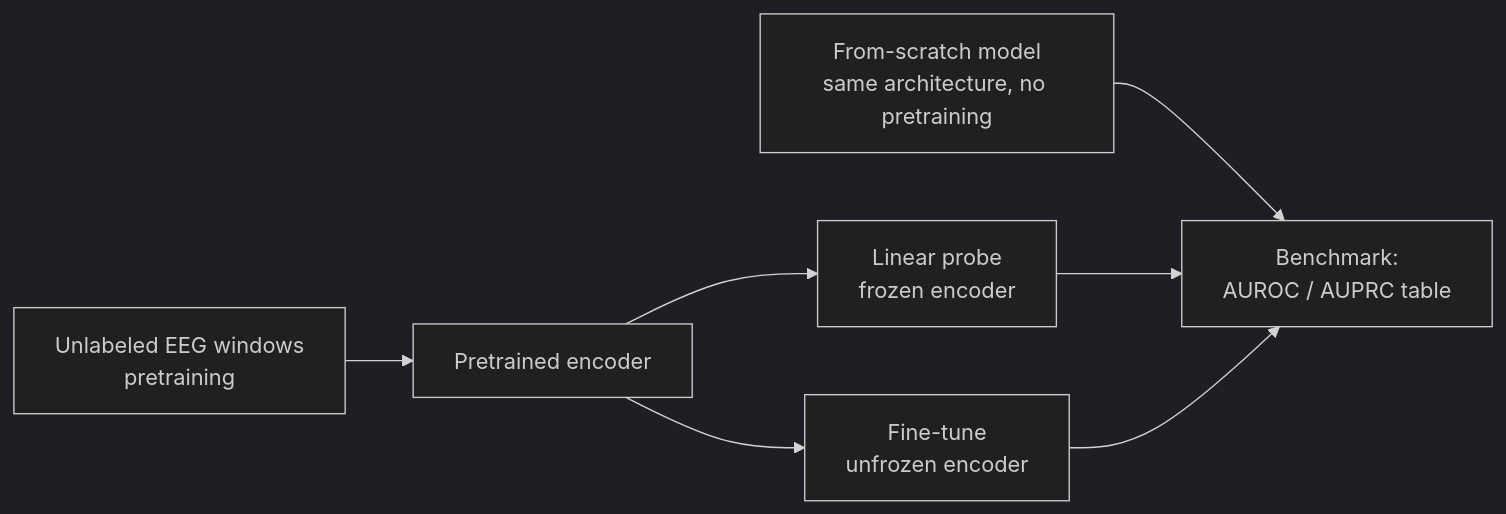
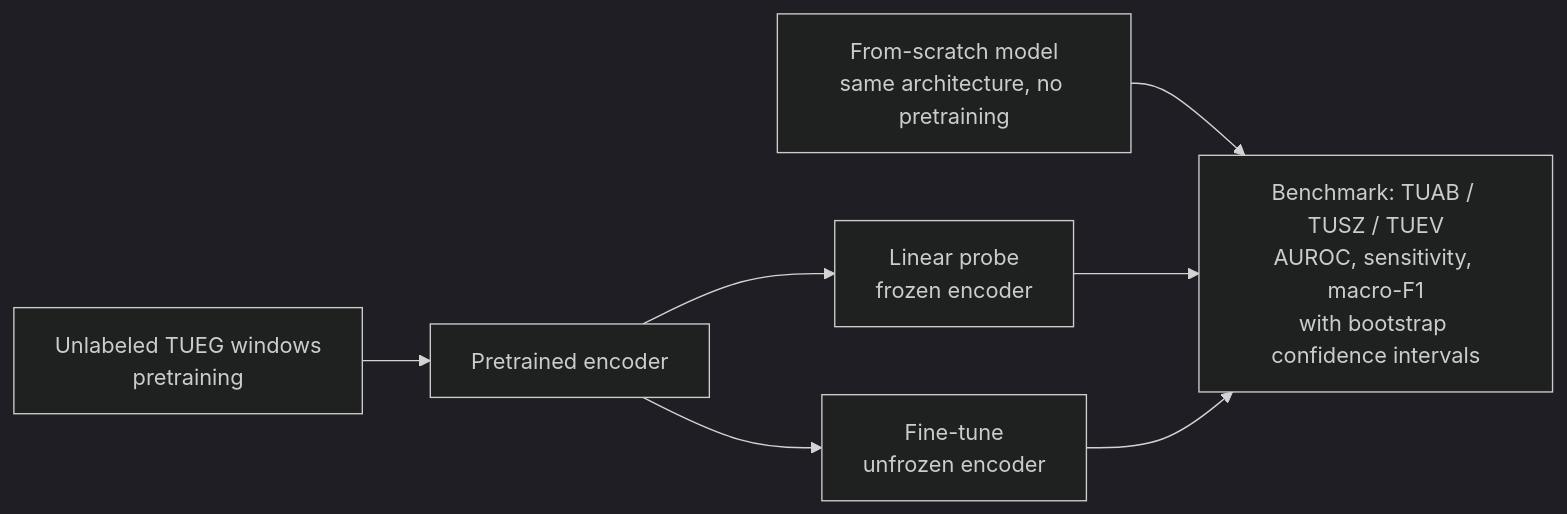
The third of 4 diagrams in docs/EXTENDED_INTRODUCTION.md (hwilner/eeg-foundation-benchmark), drawn with Mermaid (dark theme) before and after one commit. The commit also changed other lines of this file and 1 other file, not shown here.

Commit message:
Embed concept-figure link and rewrite extended introduction with example-first pedagogy

````diff
--- a/docs/EXTENDED_INTRODUCTION.md
+++ b/docs/EXTENDED_INTRODUCTION.md
@@ -153,9 +233,9 @@
 ```mermaid
 flowchart LR
-    P[Unlabeled EEG windows<br/>pretraining] --> E[Pretrained encoder]
-    E --> LP[Linear probe<br/>frozen encoder]
-    E --> FT[Fine-tune<br/>unfrozen encoder]
-    S[From-scratch model<br/>same architecture, no pretraining] --> B
-    LP --> B[Benchmark:<br/>AUROC / AUPRC table]
+    P["Unlabeled TUEG windows<br/>pretraining"] --> E["Pretrained encoder"]
+    E --> LP["Linear probe<br/>frozen encoder"]
+    E --> FT["Fine-tune<br/>unfrozen encoder"]
+    S["From-scratch model<br/>same architecture, no pretraining"] --> B
+    LP --> B["Benchmark: TUAB / TUSZ / TUEV<br/>AUROC, sensitivity, macro-F1<br/>with bootstrap confidence intervals"]
     FT --> B
 ```
````
